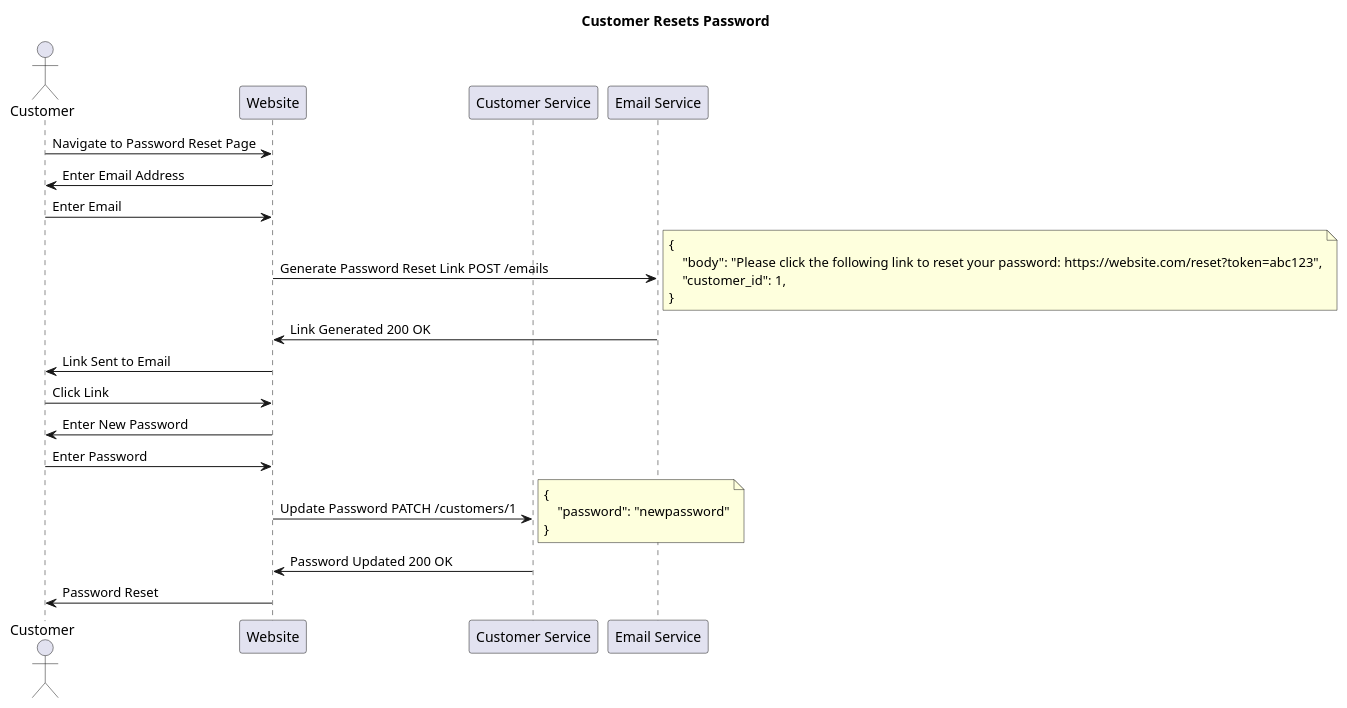
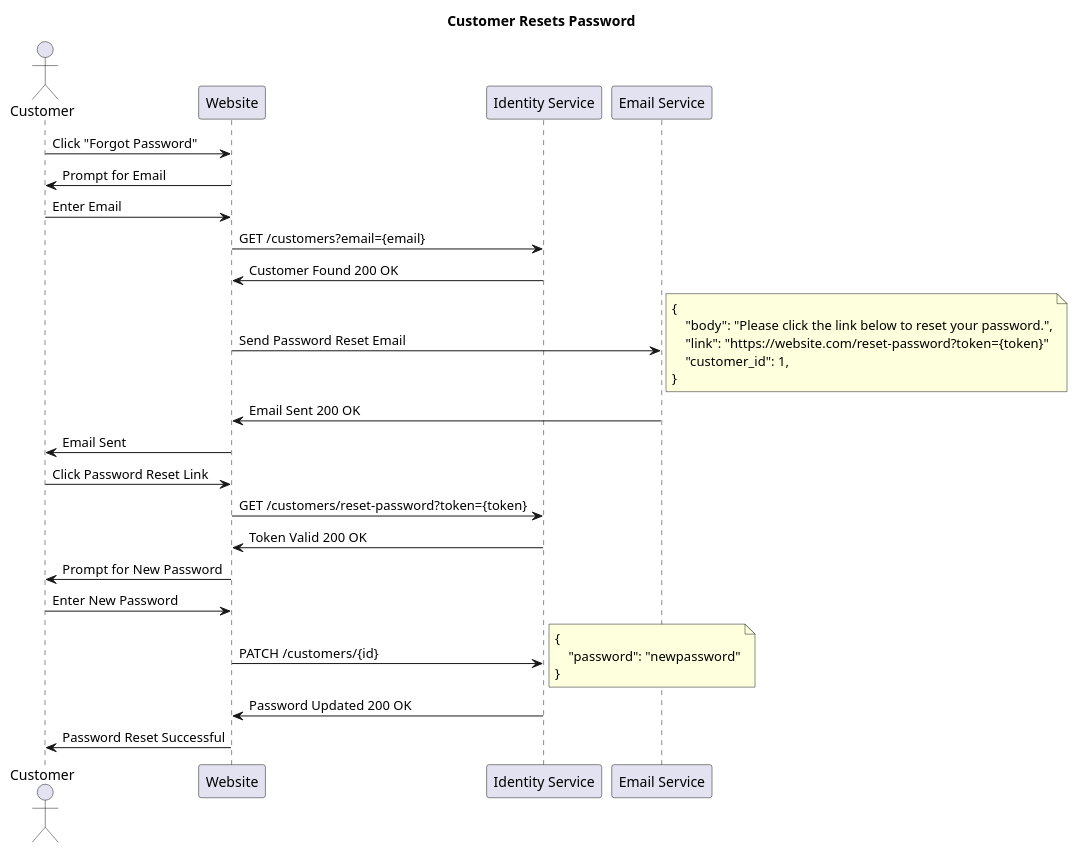
Before and after one commit to jjoneson/workforce-demo-scratch: the diagram in architecture/sequence-diagrams/Customer Resets Password.md, drawn with PlantUML.

Commit message:
Updated by Workflow

```diff
--- a/architecture/sequence-diagrams/Customer Resets Password.md
+++ b/architecture/sequence-diagrams/Customer Resets Password.md
@@ -2,32 +2,38 @@
 @startuml Customer Resets Password
 title Customer Resets Password
 actor Customer
 participant Website
-participant CustomerService as "Customer Service"
+participant IdentityService as "Identity Service"
 participant EmailService as "Email Service"
 
-Customer -> Website: Navigate to Password Reset Page
-Website -> Customer: Enter Email Address
+Customer -> Website: Click "Forgot Password"
+Website -> Customer: Prompt for Email
 Customer -> Website: Enter Email
-Website -> EmailService: Generate Password Reset Link POST /emails
+Website -> IdentityService: GET /customers?email={email}
+IdentityService -> Website: Customer Found 200 OK
+Website -> EmailService: Send Password Reset Email 
 note right
 {
-    "body": "Please click the following link to reset your password: https://website.com/reset?token=abc123",
+    "body": "Please click the link below to reset your password.",
+    "link": "https://website.com/reset-password?token={token}"
     "customer_id": 1,
 }
 end note
-EmailService -> Website: Link Generated 200 OK
-Website -> Customer: Link Sent to Email
-Customer -> Website: Click Link
-Website -> Customer: Enter New Password
-Customer -> Website: Enter Password
-Website -> CustomerService: Update Password PATCH /customers/1
-note right
+EmailService -> Website: Email Sent 200 OK
+Website -> Customer: Email Sent
+
+Customer -> Website: Click Password Reset Link
+Website -> IdentityService: GET /customers/reset-password?token={token}
+IdentityService -> Website: Token Valid 200 OK
+Website -> Customer: Prompt for New Password
+Customer -> Website: Enter New Password
+Website -> IdentityService: PATCH /customers/{id}
+note right 
 {
     "password": "newpassword"
 }
 end note
-CustomerService -> Website: Password Updated 200 OK
-Website -> Customer: Password Reset
+IdentityService -> Website: Password Updated 200 OK
+Website -> Customer: Password Reset Successful
 
 @enduml
```
